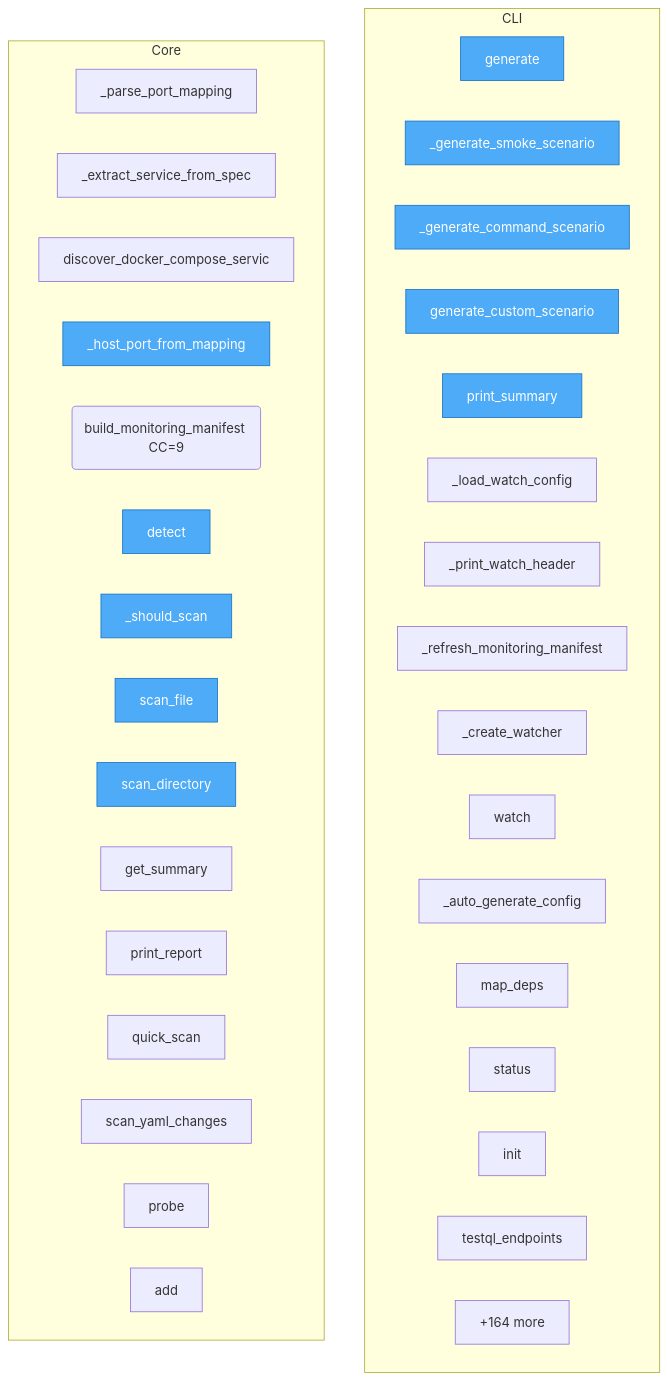
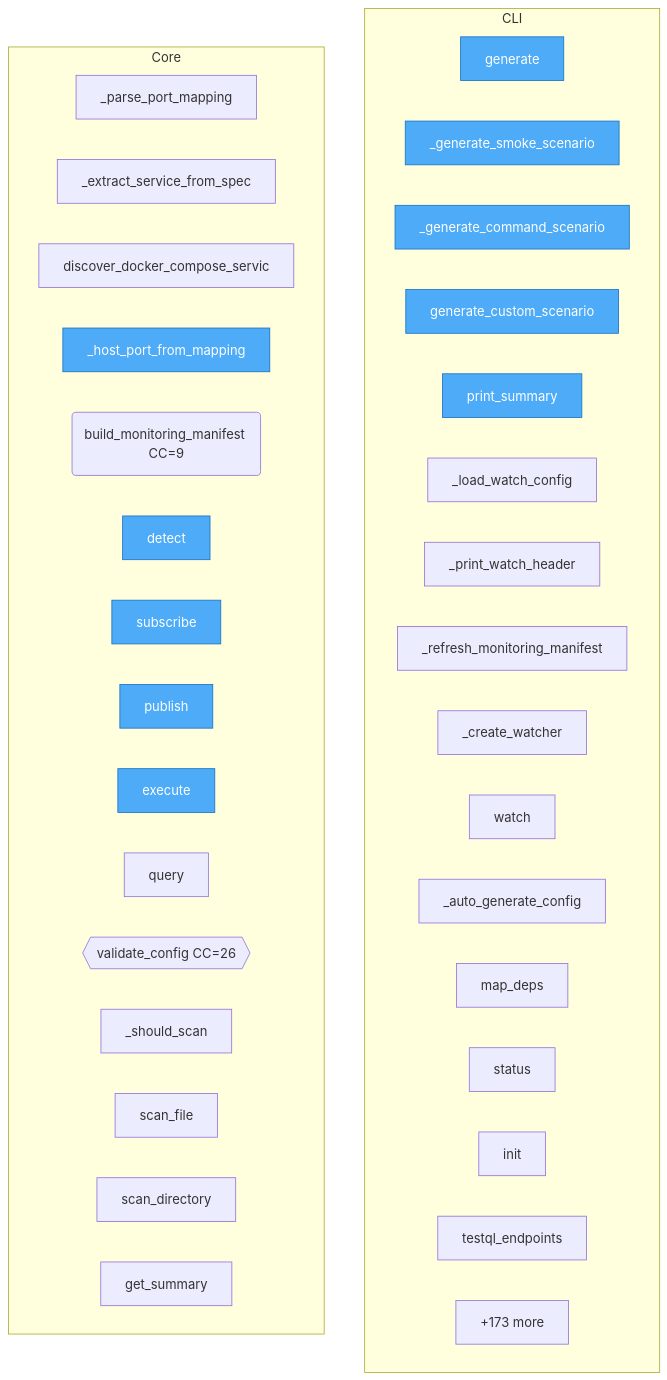
One commit to semcod/wup changed the diagram in project/flow.mmd. Above: the diagram before and after it, drawn with Mermaid. The commit also changed 38 other files, not shown here.

```diff
--- a/project/flow.mmd
+++ b/project/flow.mmd
@@ -1,45 +1,45 @@
 flowchart TD
 %% generated in 0.01s
 
     %% Entry points (blue)
     classDef entry fill:#4dabf7,stroke:#1971c2,color:#fff
 
     subgraph CLI
         wup__testql_cli_generator__TestQLCLIGenerator__generate["generate"]
         wup__testql_cli_generator__TestQLCLIGenerator___generate_smoke_scenario["_generate_smoke_scenario"]
         wup__testql_cli_generator__TestQLCLIGenerator___generate_command_scenario["_generate_command_scenario"]
         wup__testql_cli_generator__TestQLCLIGenerator__generate_custom_scenario["generate_custom_scenario"]
         wup__testql_cli_generator__TestQLCLIGenerator__print_summary["print_summary"]
         wup__cli___load_watch_config["_load_watch_config"]
         wup__cli___print_watch_header["_print_watch_header"]
         wup__cli___refresh_monitoring_manifest["_refresh_monitoring_manifest"]
         wup__cli___create_watcher["_create_watcher"]
         wup__cli__watch["watch"]
         wup__cli___auto_generate_config["_auto_generate_config"]
         wup__cli__map_deps["map_deps"]
         wup__cli__status["status"]
         wup__cli__init["init"]
         wup__cli__testql_endpoints["testql_endpoints"]
         ...["+29 more"]
     end
 
     subgraph Core
         wup__monitoring_manifest___parse_port_mapping["_parse_port_mapping"]
         wup__monitoring_manifest___extract_service_from_spec["_extract_service_from_spec"]
         wup__monitoring_manifest__discover_docker_compose_services["discover_docker_compose_servic"]
         wup__monitoring_manifest___host_port_from_mapping["_host_port_from_mapping"]
         wup__monitoring_manifest__build_monitoring_manifest("build_monitoring_manifest CC=9")
         wup___base_detector__BaseDetector__detect["detect"]
+        wup__bus__EventBus__subscribe["subscribe"]
+        wup__bus__EventBus__publish["publish"]
+        wup__bus__EventBus__execute["execute"]
+        wup__bus__EventBus__query["query"]
+        wup__config__validate_config{{validate_config CC=26}}
         wup__anomaly_detector__AnomalyDetector___should_scan["_should_scan"]
         wup__anomaly_detector__AnomalyDetector__scan_file["scan_file"]
         wup__anomaly_detector__AnomalyDetector__scan_directory["scan_directory"]
         wup__anomaly_detector__AnomalyDetector__get_summary["get_summary"]
-        wup__anomaly_detector__AnomalyDetector__print_report["print_report"]
-        wup__anomaly_detector__quick_scan["quick_scan"]
-        wup__anomaly_detector__scan_yaml_changes["scan_yaml_changes"]
-        wup__testql_monitor__ProbeTarget__probe["probe"]
-        wup__testql_monitor___ProbeAccumulator__add["add"]
-        ...["+164 more"]
+        ...["+173 more"]
     end
 
-    class wup__testql_cli_generator__TestQLCLIGenerator__generate,wup__testql_cli_generator__TestQLCLIGenerator___generate_smoke_scenario,wup__testql_cli_generator__TestQLCLIGenerator___generate_command_scenario,wup__testql_cli_generator__TestQLCLIGenerator__generate_custom_scenario,wup__testql_cli_generator__TestQLCLIGenerator__print_summary,wup__monitoring_manifest___host_port_from_mapping,wup___base_detector__BaseDetector__detect,wup__anomaly_detector__AnomalyDetector___should_scan,wup__anomaly_detector__AnomalyDetector__scan_file,wup__anomaly_detector__AnomalyDetector__scan_directory entry
+    class wup__testql_cli_generator__TestQLCLIGenerator__generate,wup__testql_cli_generator__TestQLCLIGenerator___generate_smoke_scenario,wup__testql_cli_generator__TestQLCLIGenerator___generate_command_scenario,wup__testql_cli_generator__TestQLCLIGenerator__generate_custom_scenario,wup__testql_cli_generator__TestQLCLIGenerator__print_summary,wup__monitoring_manifest___host_port_from_mapping,wup___base_detector__BaseDetector__detect,wup__bus__EventBus__subscribe,wup__bus__EventBus__publish,wup__bus__EventBus__execute entry
```
